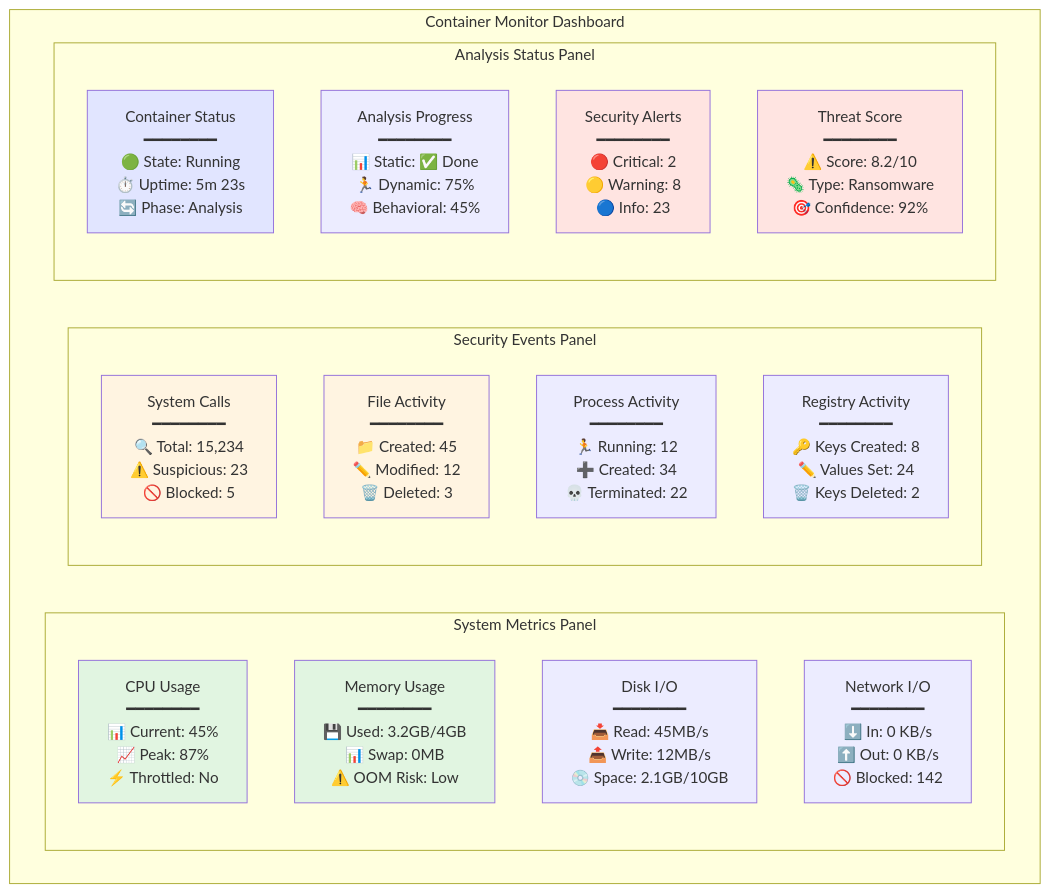
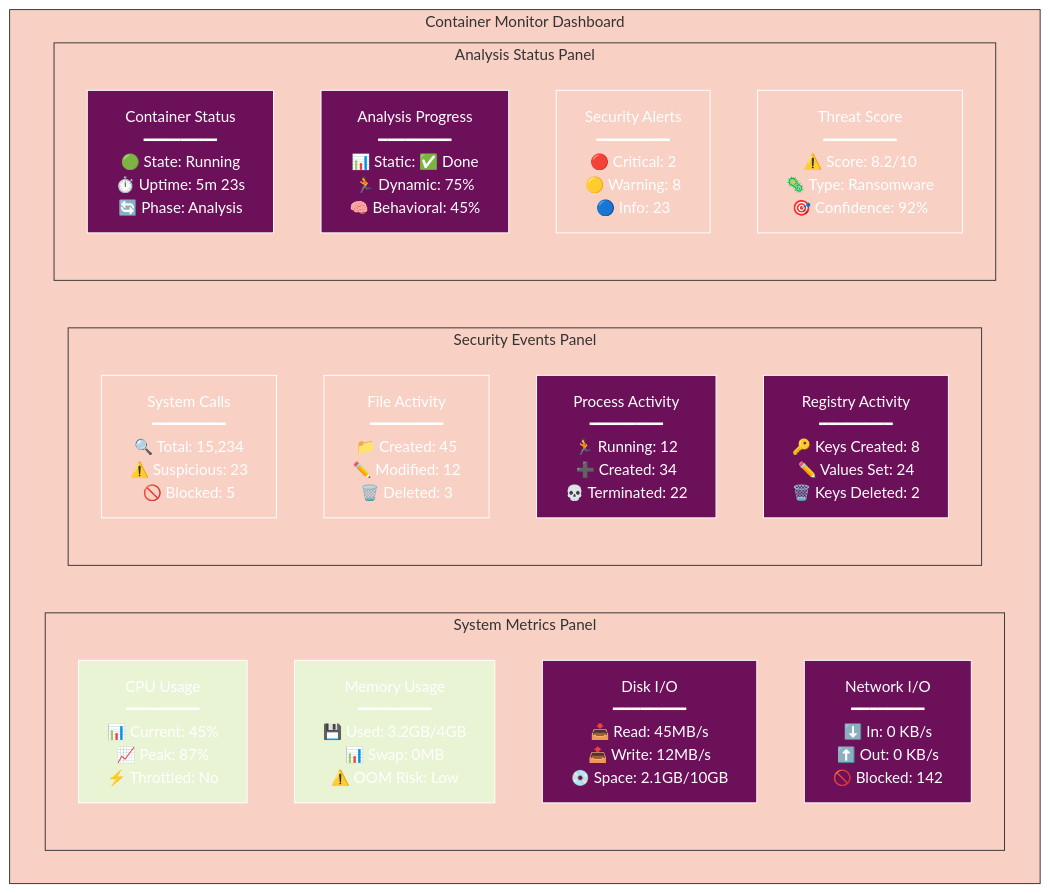
Before and after one commit to radicalkjax/Athena: diagram 15 of 23 in docs/CONTAINER_ISOLATION.md, drawn with Mermaid. The commit also changed other lines of this file and 27 other files, not shown here.

Commit message:
Introduction of expo package manager. Updated docs to reflect changes. Unified mermaid theme for docs.

````diff
--- a/docs/CONTAINER_ISOLATION.md
+++ b/docs/CONTAINER_ISOLATION.md
@@ -985,33 +1279,54 @@
 ```mermaid
+%%{init: {
+  'theme': 'base',
+  'themeVariables': {
+    'primaryColor': '#6d105a',
+    'primaryTextColor': '#ffffff',
+    'primaryBorderColor': '#ffffff',
+    'lineColor': '#333333',
+    'secondaryColor': '#e8f4d4',
+    'secondaryTextColor': '#333333',
+    'secondaryBorderColor': '#333333',
+    'tertiaryColor': '#f9d0c4',
+    'tertiaryTextColor': '#333333',
+    'tertiaryBorderColor': '#333333',
+    'background': '#ffffff',
+    'mainBkg': '#6d105a',
+    'secondBkg': '#e8f4d4',
+    'tertiaryBkg': '#f9d0c4',
+    'textColor': '#333333',
+    'fontFamily': 'Arial, sans-serif'
+  }
+}}%%
 graph TB
     subgraph "Container Monitor Dashboard"
         subgraph "System Metrics Panel"
             CPU[CPU Usage<br/>━━━━━━━━<br/>📊 Current: 45%<br/>📈 Peak: 87%<br/>⚡ Throttled: No]
             Memory[Memory Usage<br/>━━━━━━━━<br/>💾 Used: 3.2GB/4GB<br/>📊 Swap: 0MB<br/>⚠️ OOM Risk: Low]
             Disk[Disk I/O<br/>━━━━━━━━<br/>📥 Read: 45MB/s<br/>📤 Write: 12MB/s<br/>💿 Space: 2.1GB/10GB]
             Network[Network I/O<br/>━━━━━━━━<br/>⬇️ In: 0 KB/s<br/>⬆️ Out: 0 KB/s<br/>🚫 Blocked: 142]
         end
         
         subgraph "Security Events Panel"
             Syscalls[System Calls<br/>━━━━━━━━<br/>🔍 Total: 15,234<br/>⚠️ Suspicious: 23<br/>🚫 Blocked: 5]
             Files[File Activity<br/>━━━━━━━━<br/>📁 Created: 45<br/>✏️ Modified: 12<br/>🗑️ Deleted: 3]
             Processes[Process Activity<br/>━━━━━━━━<br/>🏃 Running: 12<br/>➕ Created: 34<br/>💀 Terminated: 22]
             Registry[Registry Activity<br/>━━━━━━━━<br/>🔑 Keys Created: 8<br/>✏️ Values Set: 24<br/>🗑️ Keys Deleted: 2]
         end
         
         subgraph "Analysis Status Panel"
             Status[Container Status<br/>━━━━━━━━<br/>🟢 State: Running<br/>⏱️ Uptime: 5m 23s<br/>🔄 Phase: Analysis]
             Progress[Analysis Progress<br/>━━━━━━━━<br/>📊 Static: ✅ Done<br/>🏃 Dynamic: 75%<br/>🧠 Behavioral: 45%]
             Alerts[Security Alerts<br/>━━━━━━━━<br/>🔴 Critical: 2<br/>🟡 Warning: 8<br/>🔵 Info: 23]
             Score[Threat Score<br/>━━━━━━━━<br/>⚠️ Score: 8.2/10<br/>🦠 Type: Ransomware<br/>🎯 Confidence: 92%]
         end
     end
     
-    style CPU fill:#e1f5e1
-    style Memory fill:#e1f5e1
-    style Syscalls fill:#fff4e1
-    style Files fill:#fff4e1
-    style Status fill:#e1e5ff
-    style Alerts fill:#ffe4e1
-    style Score fill:#ffe4e1
+    style CPU fill:#e8f4d4
+    style Memory fill:#e8f4d4
+    style Syscalls fill:#f9d0c4
+    style Files fill:#f9d0c4
+    style Status fill:#6d105a
+    style Alerts fill:#f9d0c4
+    style Score fill:#f9d0c4
 ```
````
